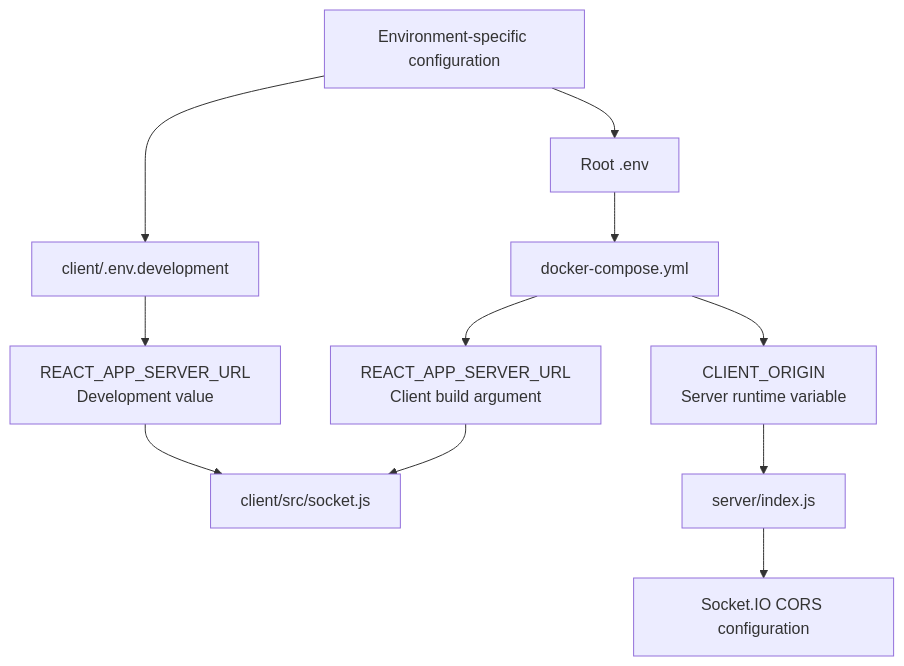
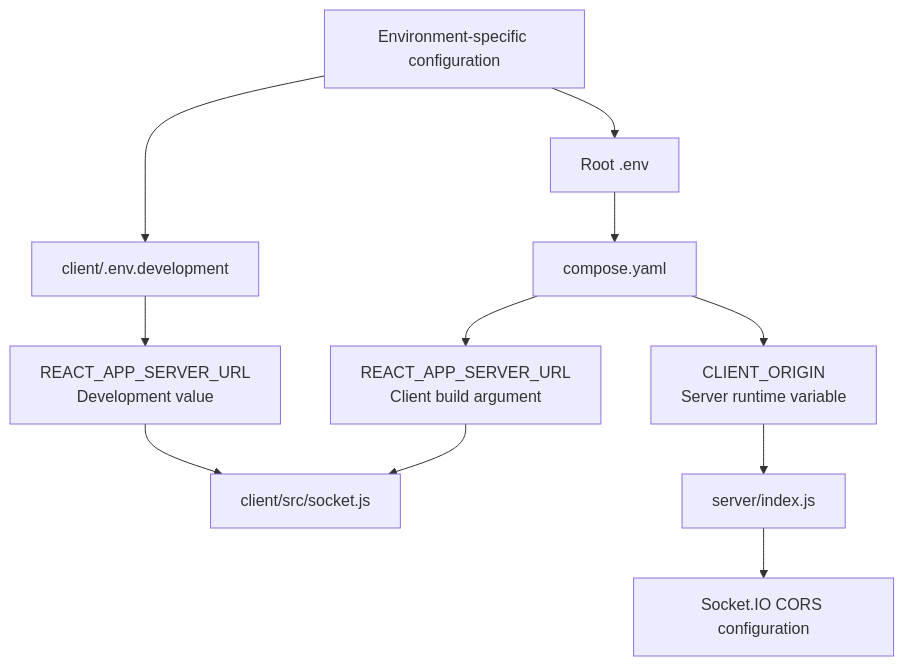
One commit to Gearsik/madiao changed the first of 2 diagrams in docs/technical/environment-configuration.md. Above: the diagram before and after it, drawn with Mermaid. The commit also changed other lines of this file and 24 other files, not shown here.

````diff
--- a/docs/technical/environment-configuration.md
+++ b/docs/technical/environment-configuration.md
@@ -60,19 +60,19 @@
 ```mermaid
 flowchart TD
     Config["Environment-specific configuration"]
 
     Config --> Dev["client/.env.development"]
     Dev --> DevVar["REACT_APP_SERVER_URL<br/>Development value"]
 
     Config --> RootEnv["Root .env"]
-    RootEnv --> Compose["docker-compose.yml"]
+    RootEnv --> Compose["compose.yaml"]
 
     DevVar --> Socket["client/src/socket.js"]
 
     Compose --> ClientArg["REACT_APP_SERVER_URL<br/>Client build argument"]
     ClientArg --> Socket
 
     Compose --> ServerVar["CLIENT_ORIGIN<br/>Server runtime variable"]
     ServerVar --> Server["server/index.js"]
     Server --> Cors["Socket.IO CORS configuration"]
 ```
````
